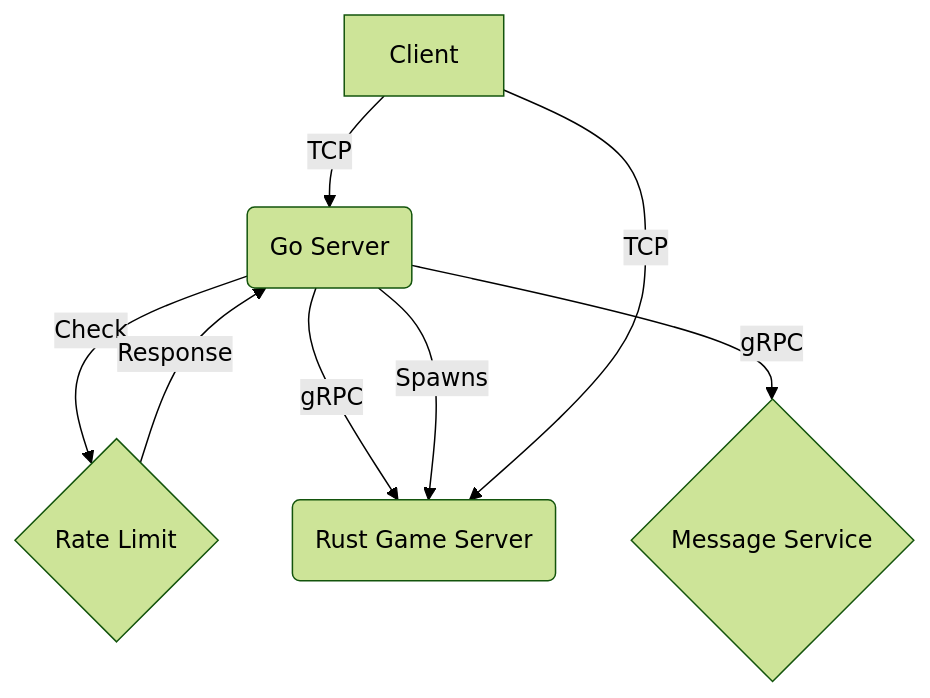
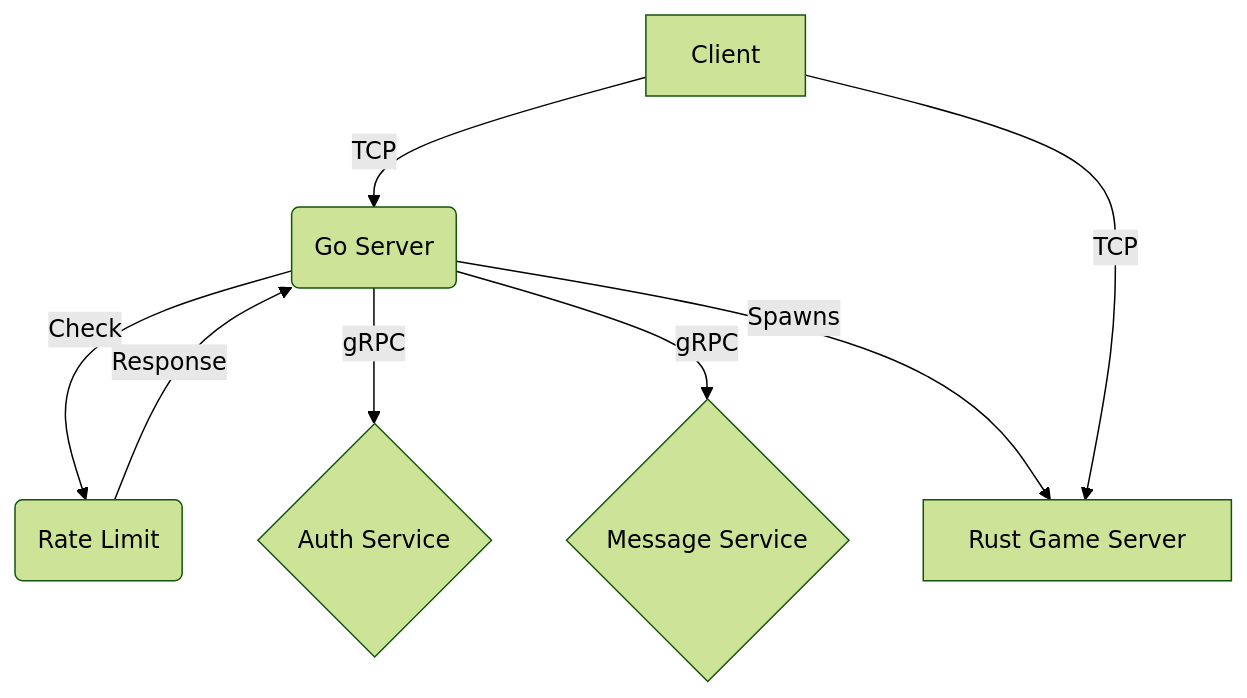
Before and after one commit to GrGLeo/TermArena: the diagram in docs/architecture.md, drawn with Mermaid (forest theme).

Commit message:
fix: mermaid grapg'

````diff
--- a/docs/architecture.md
+++ b/docs/architecture.md
@@ -21,10 +21,10 @@
 ```mermaid
 graph TD
     A[Client] -->|TCP| B(Go Server)
-    B -->|Check| C{Rate Limit}
+    B -->|Check| C(Rate Limit)
     C -->|Response| B
     B -->|gRPC| D{Auth Service}
     B -->|gRPC| E{Message Service}
-    B -->|Spawns| D(Rust Game Server)
-    A -->|TCP| D
+    B -->|Spawns| F[Rust Game Server]
+    A -->|TCP| F
 ```
````
